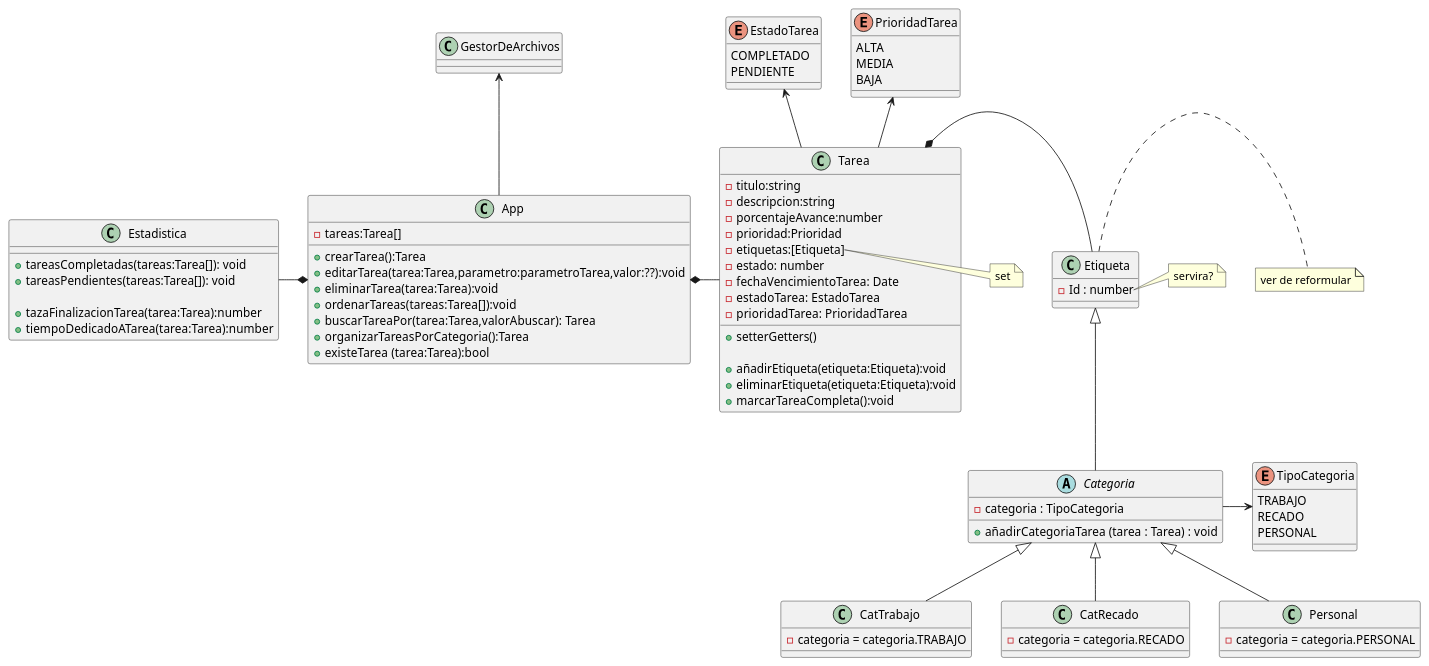
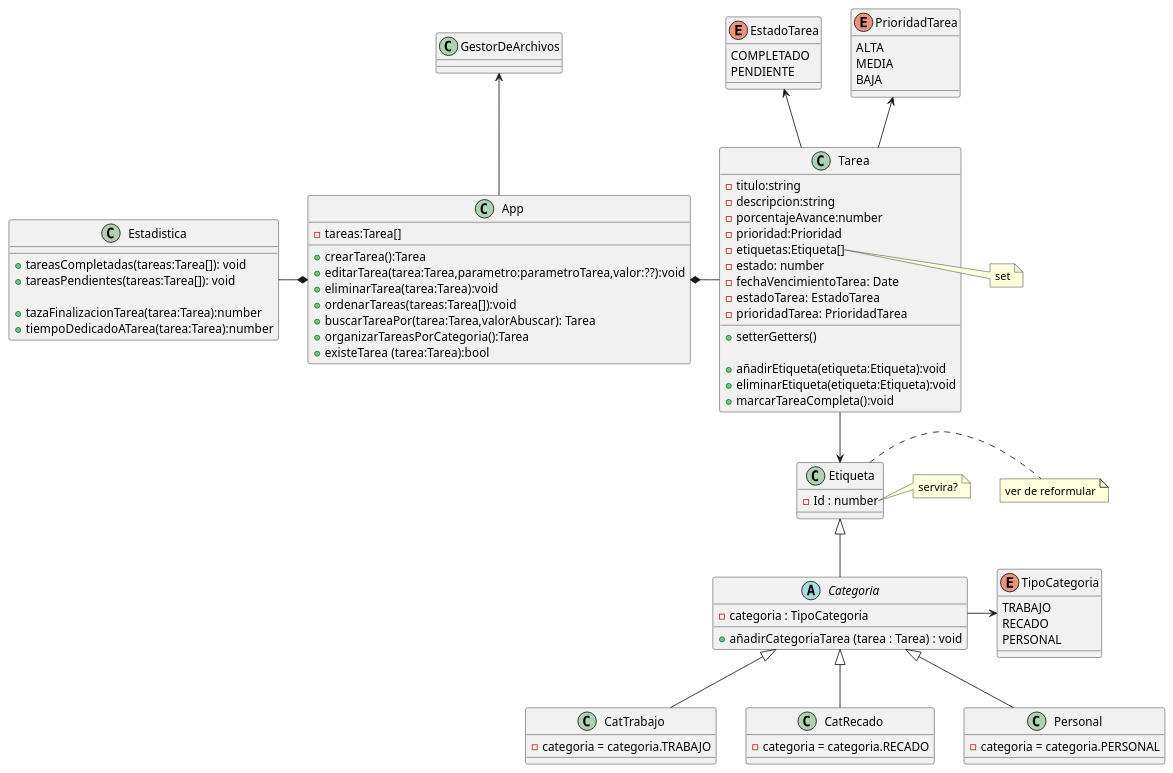
The diagram in src/-- Diagramas/DiagramaDeClases.puml (LauEroles/Task-list), drawn with PlantUML before and after one commit. The commit also changed 2 other files, not shown here.

Commit message:
actualizaciones diagrama

```diff
--- a/src/-- Diagramas/DiagramaDeClases.puml
+++ b/src/-- Diagramas/DiagramaDeClases.puml
@@ -3,118 +3,117 @@
 @startuml TaskList
 
 
 class App{
 
     -tareas:Tarea[]
 
     +crearTarea():Tarea
     +editarTarea(tarea:Tarea,parametro:parametroTarea,valor:??):void
     +eliminarTarea(tarea:Tarea):void
     +ordenarTareas(tareas:Tarea[]):void
     +buscarTareaPor(tarea:Tarea,valorAbuscar): Tarea
 
 
     +organizarTareasPorCategoria():Tarea
     
     +existeTarea (tarea:Tarea):bool
 }
 
 class GestorDeArchivos{
 
 }
 
 class Estadistica{
 
     +tareasCompletadas(tareas:Tarea[]): void
     +tareasPendientes(tareas:Tarea[]): void
 
     +tazaFinalizacionTarea(tarea:Tarea):number
     +tiempoDedicadoATarea(tarea:Tarea):number
 
 }
 
 enum EstadoTarea{
     COMPLETADO
     PENDIENTE
 }
 
 enum PrioridadTarea{
     ALTA
     MEDIA
     BAJA
 }
 
 enum TipoCategoria{
     TRABAJO 
     RECADO
     PERSONAL
 }
 
 class Tarea {
     
     -titulo:string
     -descripcion:string
     -porcentajeAvance:number
     -prioridad:Prioridad
-    -etiquetas:[Etiqueta] 
+    -etiquetas:Etiqueta[] 
     -estado: number
     -fechaVencimientoTarea: Date
     -estadoTarea: EstadoTarea
     -prioridadTarea: PrioridadTarea
 
     +setterGetters()
     
     +añadirEtiqueta(etiqueta:Etiqueta):void
     +eliminarEtiqueta(etiqueta:Etiqueta):void
     +marcarTareaCompleta():void
 }
 
 
 class Etiqueta { 
     -Id : number
 
 }
 
 abstract class Categoria extends Etiqueta {
     -categoria : TipoCategoria
     +añadirCategoriaTarea (tarea : Tarea) : void
 }
 
 Class CatTrabajo extends Categoria{
     -categoria = categoria.TRABAJO
 }
 
 Class CatRecado extends Categoria{
     -categoria = categoria.RECADO
 }
 
 Class Personal extends Categoria{
     -categoria = categoria.PERSONAL
 }
 
 
 'Relaciones
 App *-right- Tarea
 Tarea -up-> PrioridadTarea
 Tarea -up-> EstadoTarea
 App *-left- Estadistica
 Categoria -right-> TipoCategoria
 App -up-> GestorDeArchivos
-
-Etiqueta -left-* Tarea
+Tarea -down->Etiqueta
 
 note right of Etiqueta
     ver de reformular
 end note
 
 note right of Etiqueta::Id
     servira?
 end note
 
 note right of Tarea::etiquetas
     set
 end note
 
 
 
 @enduml
```
